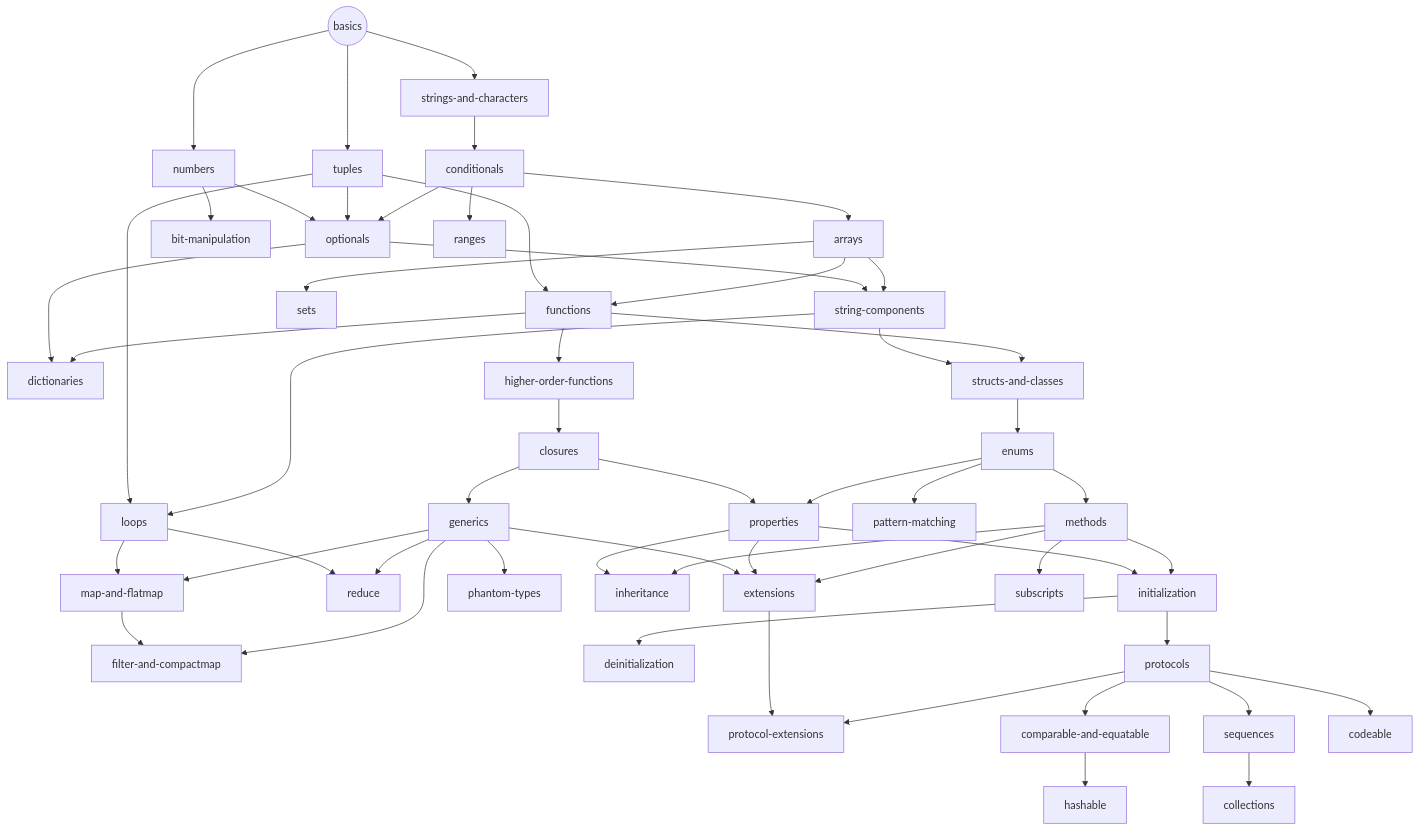
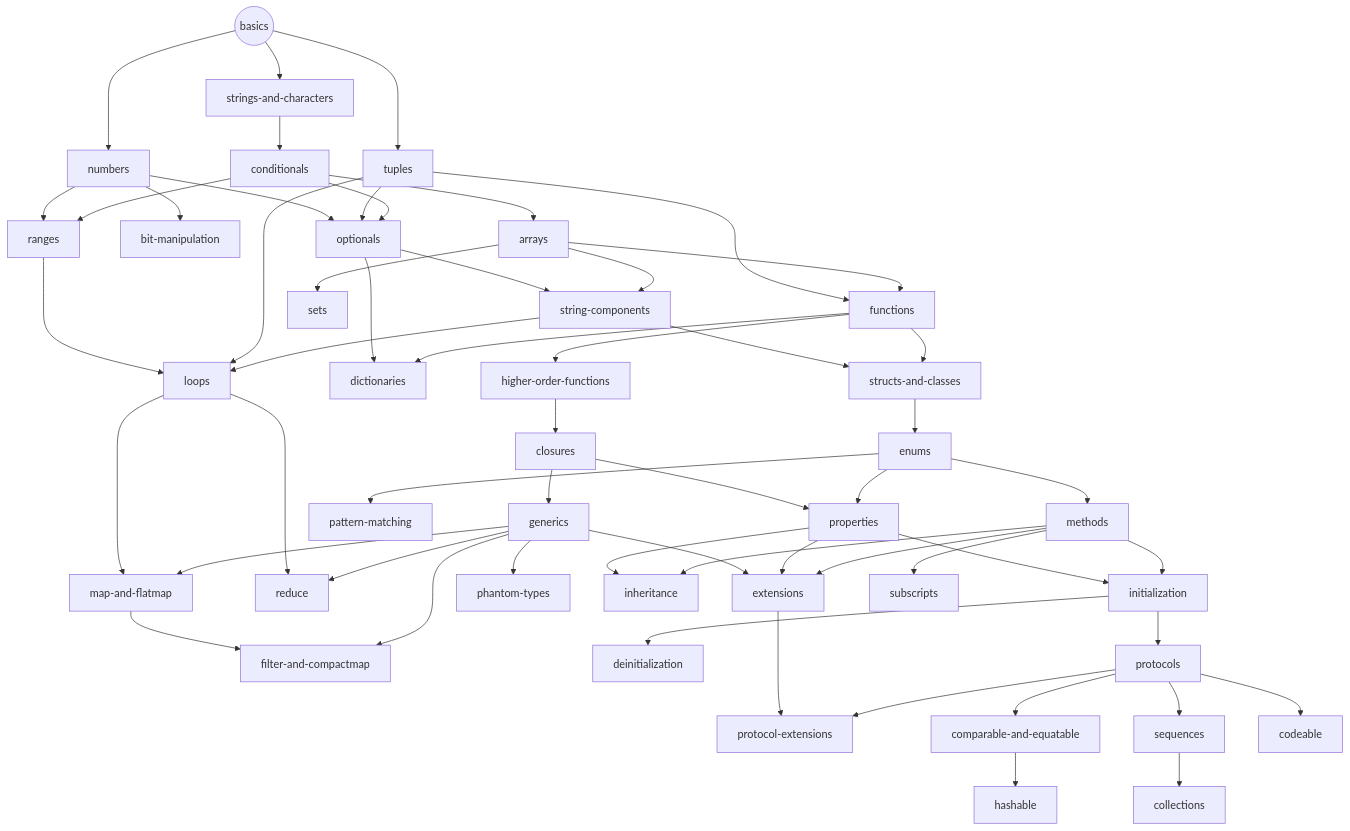
One commit to exercism/v3 changed the diagram in languages/swift/reference/progression.md. Above: the diagram before and after it, drawn with Mermaid.

Commit message:
added ranges prerequisites

````diff
--- a/languages/swift/reference/progression.md
+++ b/languages/swift/reference/progression.md
@@ -14,78 +14,81 @@
 ```mermaid
 graph TD
 
 Start((basics)) --> numbers
 Start((basics)) --> strings-and-characters
 Start((basics)) --> tuples
 
 numbers --> optionals
 numbers --> bit-manipulation
+numbers --> ranges
+
+ranges --> loops
 
 strings-and-characters --> conditionals
 
 tuples --> optionals
 tuples --> functions
 tuples --> loops
 
 loops --> map-and-flatmap
 loops --> reduce
 
 map-and-flatmap --> filter-and-compactmap
 
 conditionals --> optionals
 conditionals --> arrays
 conditionals --> ranges
 
 optionals --> string-components
 optionals --> dictionaries
 
 arrays --> string-components
 arrays --> functions
 arrays --> sets
 
 string-components --> structs-and-classes
 string-components --> loops
 
 functions --> dictionaries
 functions --> higher-order-functions
 functions --> structs-and-classes
 
 higher-order-functions --> closures
 
 closures --> properties
 closures --> generics
 
 structs-and-classes --> enums
 
 enums --> pattern-matching
 enums --> methods
 enums --> properties
 
 generics --> map-and-flatmap
 generics --> filter-and-compactmap
 generics --> reduce
 generics --> extensions
 generics --> phantom-types
 
 properties --> inheritance
 properties --> initialization
 properties --> extensions
 
 methods --> inheritance
 methods --> initialization
 methods --> extensions
 methods --> subscripts
 
 initialization --> deinitialization
 initialization --> protocols
 
 extensions --> protocol-extensions
 
 protocols --> protocol-extensions
 protocols --> comparable-and-equatable
 protocols --> sequences
 protocols --> codeable
 
 comparable-and-equatable --> hashable
 sequences --> collections
 ```
````
